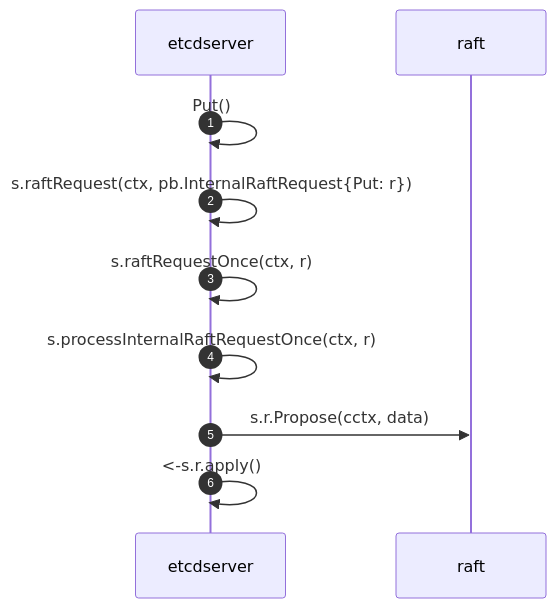
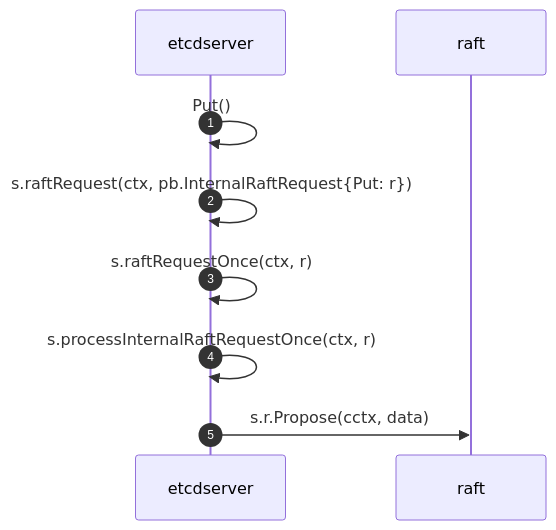
One commit to kangxiaoning/kangxiaoning.github.io changed the seventh of 9 diagrams in Writerside/topics/etcd/etcd-watch.md. Above: the diagram before and after it, drawn with Mermaid. The commit also changed other lines of this file, not shown here.

````diff
--- a/Writerside/topics/etcd/etcd-watch.md
+++ b/Writerside/topics/etcd/etcd-watch.md
@@ -1456,10 +1524,9 @@
 ```mermaid
 sequenceDiagram
-    autonumber
-    etcdserver->>etcdserver: Put()
-    etcdserver->>etcdserver: s.raftRequest(ctx, pb.InternalRaftRequest{Put: r})
-    etcdserver->>etcdserver: s.raftRequestOnce(ctx, r)
-    etcdserver->>etcdserver: s.processInternalRaftRequestOnce(ctx, r)
-    etcdserver->>raft: s.r.Propose(cctx, data)
-    etcdserver->>etcdserver: <-s.r.apply()
+  autonumber
+  etcdserver->>etcdserver: Put()
+  etcdserver->>etcdserver: s.raftRequest(ctx, pb.InternalRaftRequest{Put: r})
+  etcdserver->>etcdserver: s.raftRequestOnce(ctx, r)
+  etcdserver->>etcdserver: s.processInternalRaftRequestOnce(ctx, r)
+  etcdserver->>raft: s.r.Propose(cctx, data)
 ```
````
